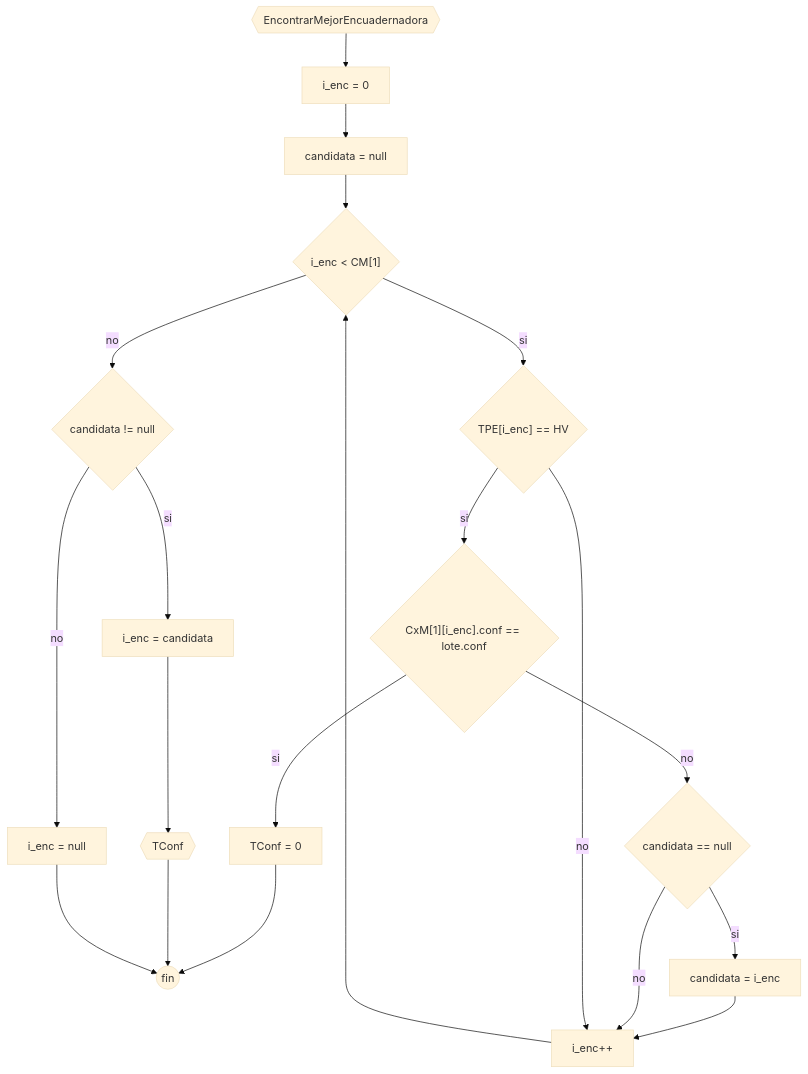
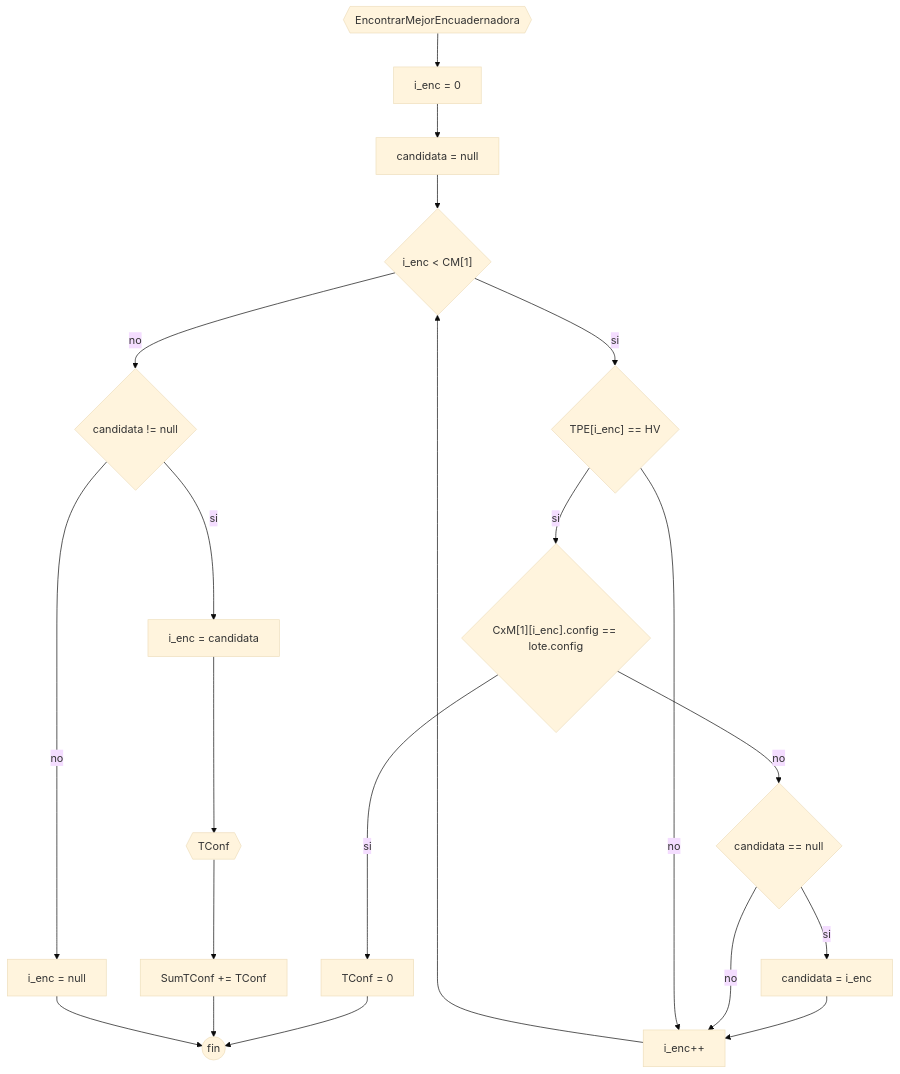
Before and after one commit to JuanManuelPrividera/TP-Simu: the diagram in docs/Diagramas/impresion/EncontrarMejorEncuadernadora.mermaid, drawn with Mermaid (base theme). The commit also changed 39 other files, not shown here.

```diff
--- a/docs/Diagramas/impresion/EncontrarMejorEncuadernadora.mermaid
+++ b/docs/Diagramas/impresion/EncontrarMejorEncuadernadora.mermaid
@@ -1,14 +1,14 @@
 flowchart TD
 a0{{EncontrarMejorEncuadernadora}} --> a1["i_enc = 0"]
 a1 --> a2["candidata = null"]
 a2 --> a3{"i_enc < CM[1]"}
 a3 --> |si| a4{"TPE[i_enc] == HV"}
-a4 --> |si| a5{"CxM[1][i_enc].conf == lote.conf"}
+a4 --> |si| a5{"CxM[1][i_enc].config == lote.config"}
 a5 --> |si| b1[TConf = 0] --> fin((fin))
 a5 --> |no| c{"candidata == null"}
 c --> |si| d["candidata = i_enc"] --> e["i_enc++"] --> a3
 c --> |no| e
 a4 --> |no| e
 a3 --> |no| f{"candidata != null"}
-f --> |si| g["i_enc = candidata"] --> h{{TConf}} --> fin
+f --> |si| g["i_enc = candidata"] --> h{{TConf}} --> lol["SumTConf += TConf"] --> fin
 f --> |no| k["i_enc = null"] --> fin
```
